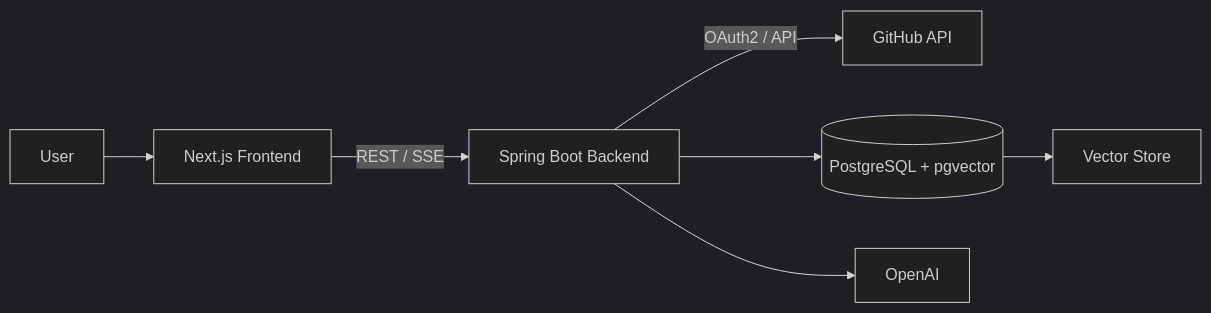
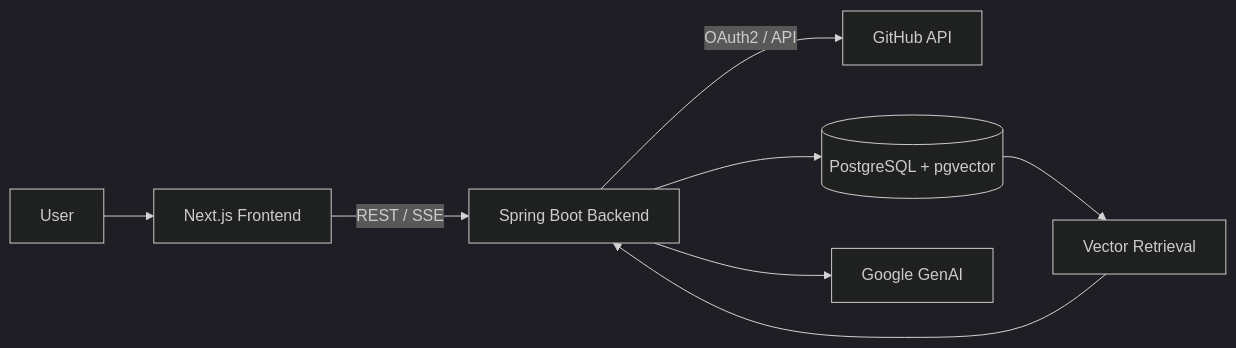
The second of 5 diagrams in README.md (MishraRoushankumar/RepoBeacon), drawn with Mermaid (dark theme) before and after one commit. The commit also changed other lines of this file and 1 other file, not shown here.

````diff
--- a/README.md
+++ b/README.md
@@ -101,13 +120,16 @@
 ```mermaid
 flowchart LR
     U[User] --> F[Next.js Frontend]
 
     F -->|REST / SSE| B[Spring Boot Backend]
 
     B -->|OAuth2 / API| G[GitHub API]
+
     B --> DB[(PostgreSQL + pgvector)]
-    B --> AI[OpenAI]
 
-    DB --> V[Vector Store]
+    B --> AI[Google GenAI]
+
+    DB --> V[Vector Retrieval]
+    V --> B
 
 ```
````
